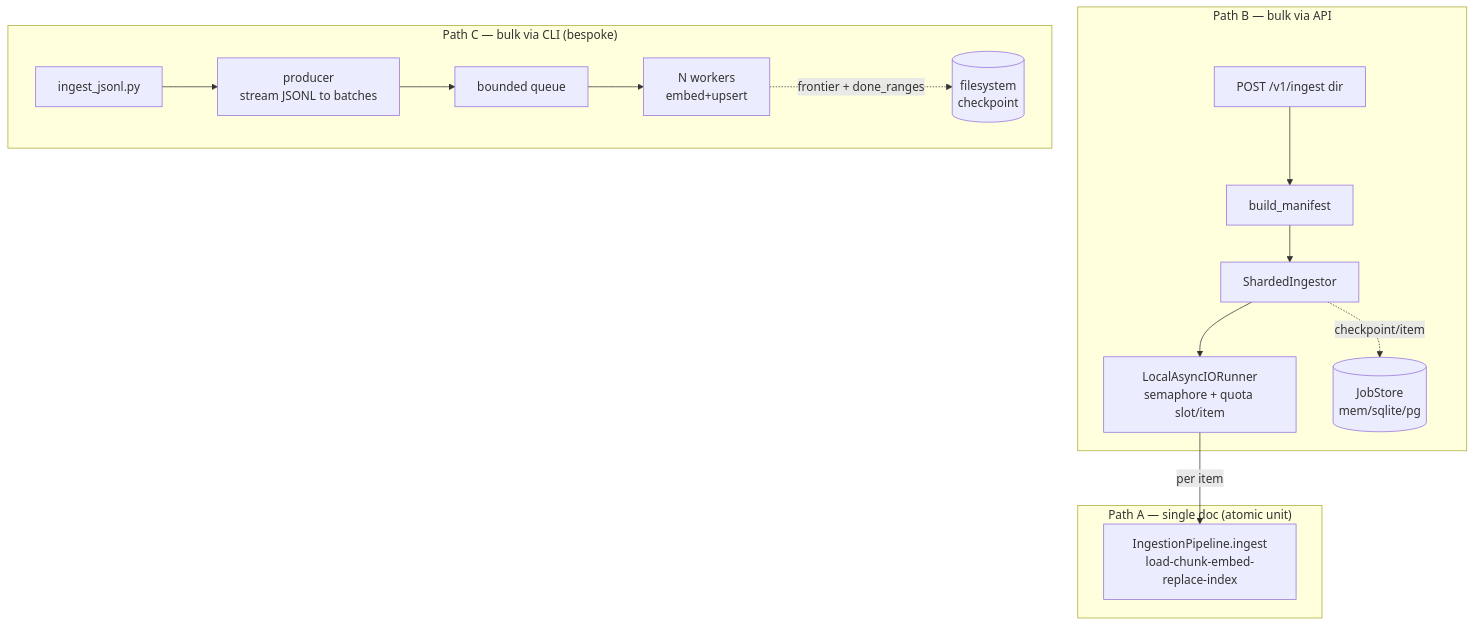
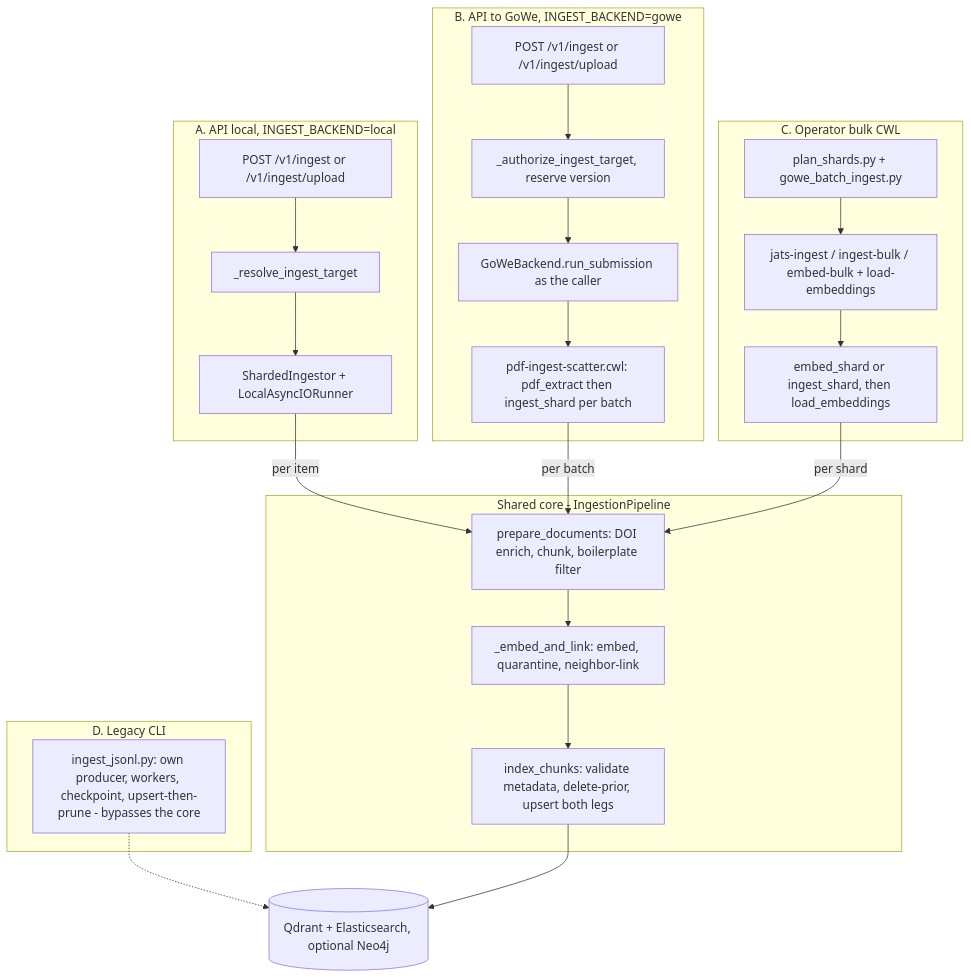
The first of 45 diagrams in docs/ARCHITECTURE-DEEP-DIVE.md (wilke/ragstack), drawn with Mermaid before and after one commit. The commit also changed other lines of this file and 2 other files, not shown here.

First line of the commit message:
docs: rewrite the architecture deep-dive against main 22b44be (#631)

````diff
--- a/docs/ARCHITECTURE-DEEP-DIVE.md
+++ b/docs/ARCHITECTURE-DEEP-DIVE.md
@@ -43,18 +77,30 @@
 ```mermaid
 flowchart TD
-    subgraph A["Path A — single doc (atomic unit)"]
-        AP["IngestionPipeline.ingest<br/>load-chunk-embed-replace-index"]
+    subgraph CORE["Shared core - IngestionPipeline"]
+        P1["prepare_documents: DOI enrich, chunk, boilerplate filter"]
+        P2["_embed_and_link: embed, quarantine, neighbor-link"]
+        P3["index_chunks: validate metadata, delete-prior, upsert both legs"]
+        P1 --> P2 --> P3
     end
-    subgraph B["Path B — bulk via API"]
-        BAPI["POST /v1/ingest dir"] --> BM["build_manifest"] --> BSI["ShardedIngestor"]
-        BSI --> BR["LocalAsyncIORunner<br/>semaphore + quota slot/item"]
-        BR -->|per item| AP
-        BSI -.checkpoint/item.-> BJS[("JobStore<br/>mem/sqlite/pg")]
+    subgraph A["A. API local, INGEST_BACKEND=local"]
+        A1["POST /v1/ingest or /v1/ingest/upload"] --> A2["_resolve_ingest_target"]
+        A2 --> A3["ShardedIngestor + LocalAsyncIORunner"]
     end
-    subgraph C["Path C — bulk via CLI (bespoke)"]
-        CS["ingest_jsonl.py"] --> CP["producer<br/>stream JSONL to batches"]
-        CP --> CQ["bounded queue"]
-        CQ --> CW["N workers<br/>embed+upsert"]
-        CW -.frontier + done_ranges.-> CK[("filesystem<br/>checkpoint")]
+    subgraph B["B. API to GoWe, INGEST_BACKEND=gowe"]
+        B1["POST /v1/ingest or /v1/ingest/upload"] --> B2["_authorize_ingest_target, reserve version"]
+        B2 --> B3["GoWeBackend.run_submission as the caller"]
+        B3 --> B4["pdf-ingest-scatter.cwl: pdf_extract then ingest_shard per batch"]
     end
+    subgraph C["C. Operator bulk CWL"]
+        C1["plan_shards.py + gowe_batch_ingest.py"] --> C2["jats-ingest / ingest-bulk / embed-bulk + load-embeddings"]
+        C2 --> C3["embed_shard or ingest_shard, then load_embeddings"]
+    end
+    subgraph D["D. Legacy CLI"]
+        D1["ingest_jsonl.py: own producer, workers, checkpoint, upsert-then-prune - bypasses the core"]
+    end
+    A3 -- "per item" --> P1
+    B4 -- "per batch" --> P1
+    C3 -- "per shard" --> P1
+    D1 -.-> STORES
+    P3 --> STORES[("Qdrant + Elasticsearch, optional Neo4j")]
 ```
````
